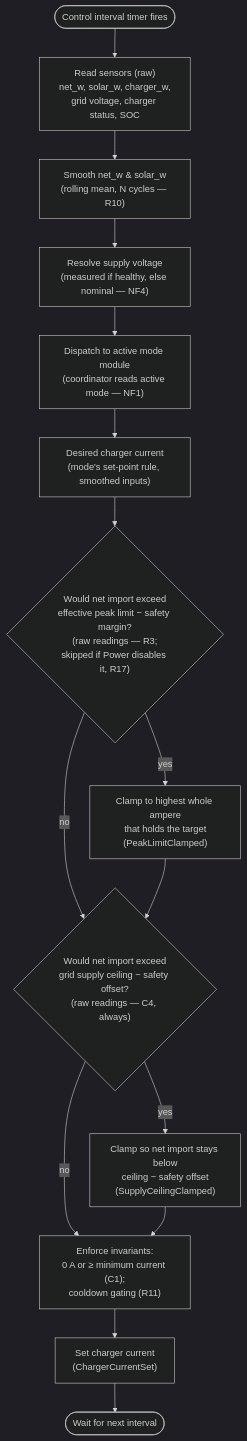
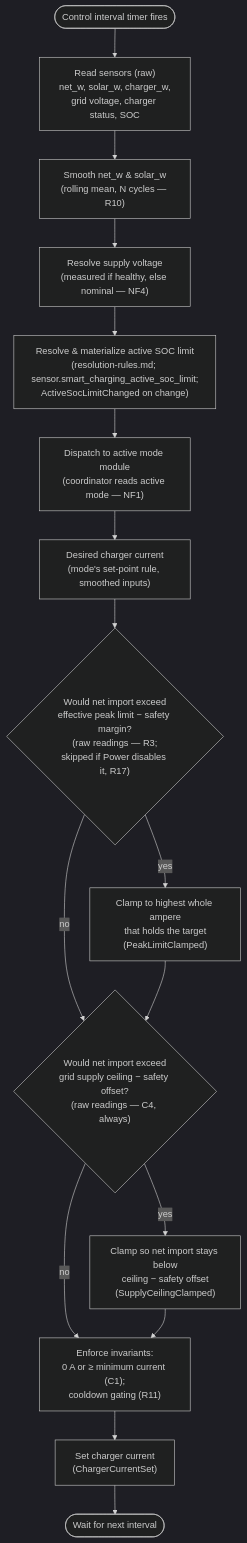
The diagram in docs/analysis/control-cycle.md (kristofdegrave/homeassistant-smart-charging), drawn with Mermaid (dark theme) before and after one commit. The commit also changed other lines of this file and 3 other files, not shown here.

First line of the commit message:
docs: materialize ActiveSocLimitChanged event (glossary + flow + entity-catalog) (#93)

````diff
--- a/docs/analysis/control-cycle.md
+++ b/docs/analysis/control-cycle.md
@@ -47,17 +54,18 @@
 ```mermaid
 flowchart TD
     Timer(["Control interval timer fires"]) --> Read["Read sensors (raw)<br/>net_w, solar_w, charger_w,<br/>grid voltage, charger status, SOC"]
     Read --> Smooth["Smooth net_w & solar_w<br/>(rolling mean, N cycles — R10)"]
     Smooth --> Volt["Resolve supply voltage<br/>(measured if healthy, else nominal — NF4)"]
-    Volt --> Dispatch["Dispatch to active mode module<br/>(coordinator reads active mode — NF1)"]
+    Volt --> SocLimit["Resolve & materialize active SOC limit<br/>(resolution-rules.md; sensor.smart_charging_active_soc_limit;<br/>ActiveSocLimitChanged on change)"]
+    SocLimit --> Dispatch["Dispatch to active mode module<br/>(coordinator reads active mode — NF1)"]
     Dispatch --> Desired["Desired charger current<br/>(mode's set-point rule, smoothed inputs)"]
     Desired --> Peak{"Would net import exceed<br/>effective peak limit − safety margin?<br/>(raw readings — R3;<br/>skipped if Power disables it, R17)"}
     Peak -->|yes| Clamp["Clamp to highest whole ampere<br/>that holds the target<br/>(PeakLimitClamped)"]
     Peak -->|no| Ceiling
     Clamp --> Ceiling{"Would net import exceed<br/>grid supply ceiling − safety offset?<br/>(raw readings — C4, always)"}
     Ceiling -->|yes| CeilingClamp["Clamp so net import stays below<br/>ceiling − safety offset<br/>(SupplyCeilingClamped)"]
     Ceiling -->|no| Invariant
     CeilingClamp --> Invariant["Enforce invariants:<br/>0 A or ≥ minimum current (C1);<br/>cooldown gating (R11)"]
     Invariant --> Set["Set charger current<br/>(ChargerCurrentSet)"]
     Set --> Wait(["Wait for next interval"])
 ```
````
